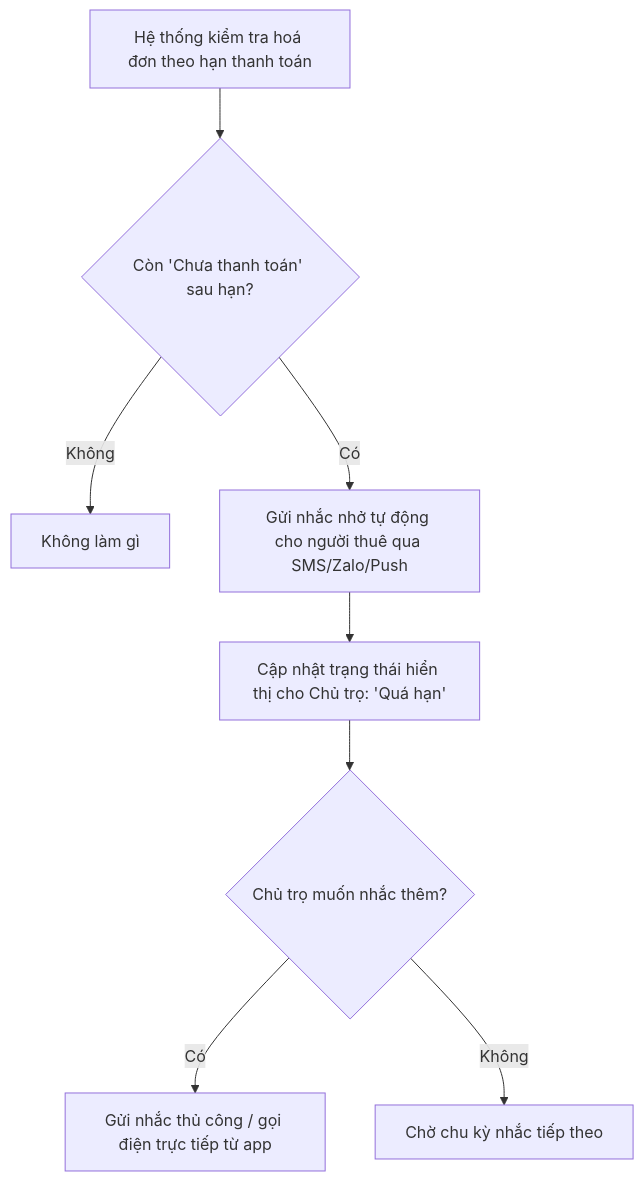
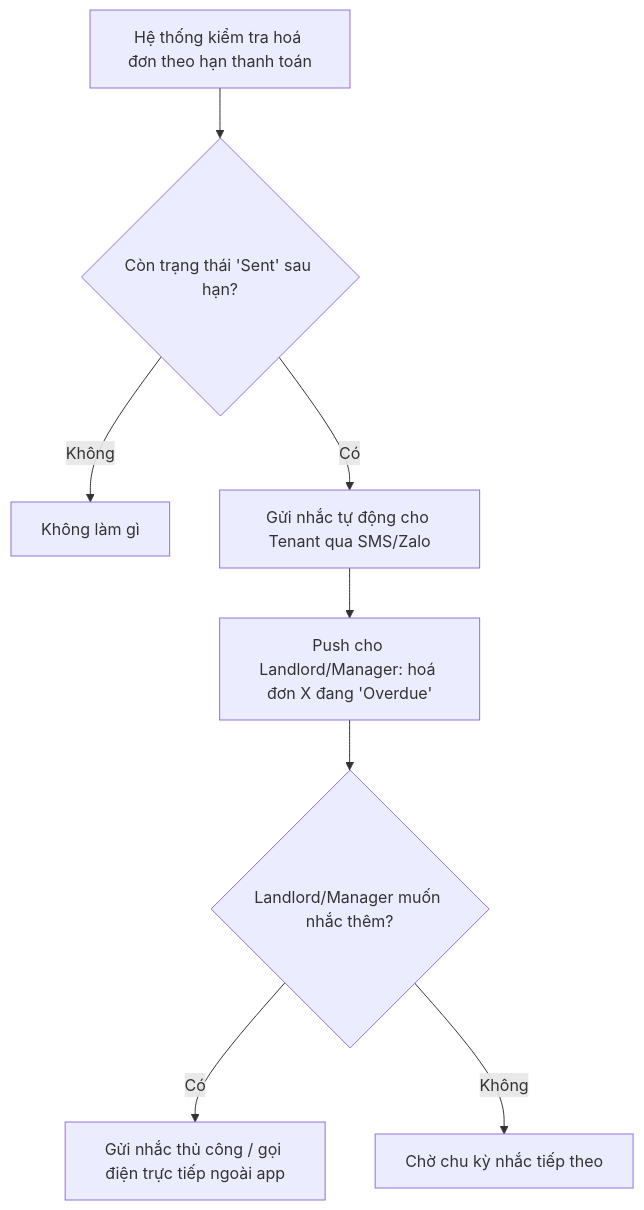
Before and after one commit to townsoft-dev/biztown-rent: the ninth of 10 diagrams in docs/USER-FLOWS.md, drawn with Mermaid. The commit also changed other lines of this file and 3 other files, not shown here.

Commit message:
chỉnh sửa decicions.md, business-rules.md, product-overview.md, user-flows.md version 2, thu gọn phạm vi phase 1

````diff
--- a/docs/USER-FLOWS.md
+++ b/docs/USER-FLOWS.md
@@ -276,10 +191,10 @@
 ```mermaid
 flowchart TD
-    A[Hệ thống kiểm tra hoá đơn theo hạn thanh toán] --> B{Còn 'Chưa thanh toán' sau hạn?}
+    A[Hệ thống kiểm tra hoá đơn theo hạn thanh toán] --> B{Còn trạng thái 'Sent' sau hạn?}
     B -- Không --> C[Không làm gì]
-    B -- Có --> D[Gửi nhắc nhở tự động cho người thuê qua SMS/Zalo/Push]
-    D --> E[Cập nhật trạng thái hiển thị cho Chủ trọ: 'Quá hạn']
-    E --> F{Chủ trọ muốn nhắc thêm?}
-    F -- Có --> G[Gửi nhắc thủ công / gọi điện trực tiếp từ app]
+    B -- Có --> D[Gửi nhắc tự động cho Tenant qua SMS/Zalo]
+    D --> E[Push cho Landlord/Manager: hoá đơn X đang 'Overdue']
+    E --> F{Landlord/Manager muốn nhắc thêm?}
+    F -- Có --> G[Gửi nhắc thủ công / gọi điện trực tiếp ngoài app]
     F -- Không --> H[Chờ chu kỳ nhắc tiếp theo]
 ```
````
